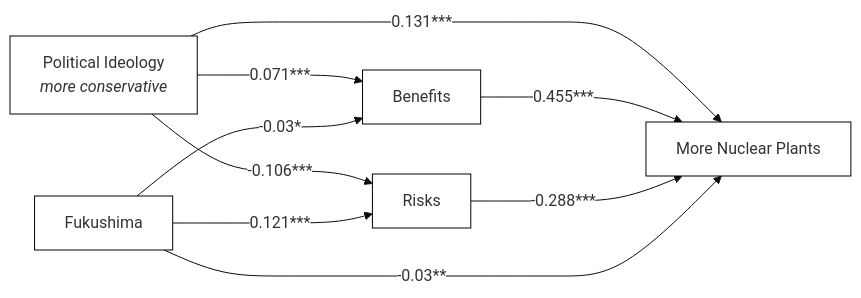
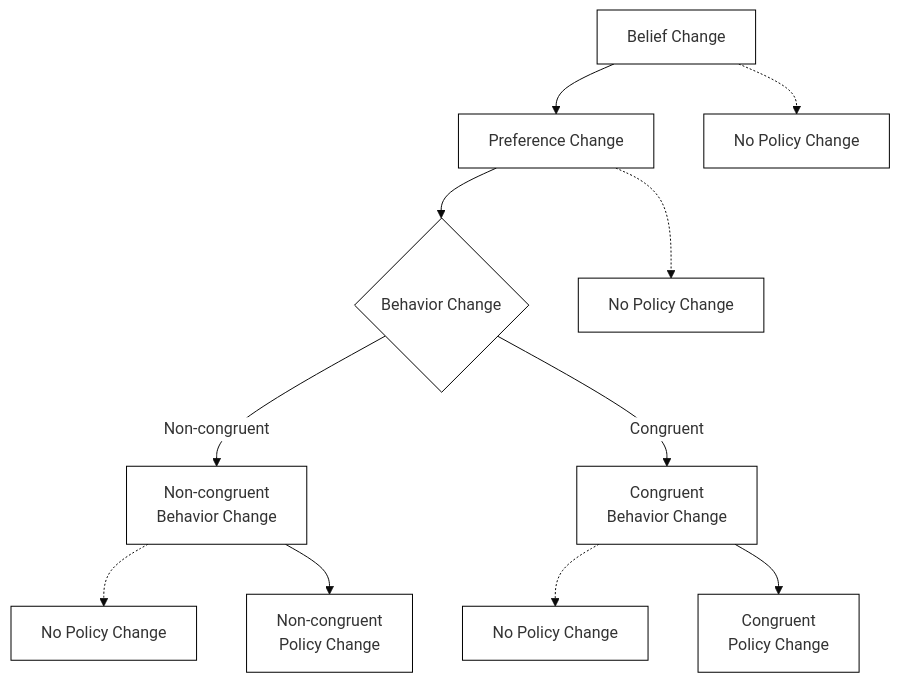
One commit to mnowlin/policy-learning-element changed the second of 2 diagrams in chap4.qmd. Above: the diagram before and after it, drawn with Mermaid. The commit also changed other lines of this file and 4 other files, not shown here.

````diff
--- a/chap4.qmd
+++ b/chap4.qmd
@@ -296,16 +123,23 @@
 ```{mermaid}
 %%| fig-width: 6
-%%| fig-height: 2
-%%| fig-cap: Path Analysis of Ideology, Fukushima, Nuclear Energy Beliefs, and Preferences for More Nuclear Plants
-%%| label: fig-results
+%%| fig-height: 3
+%%| label: fig-paths
+%%| fig-cap: "Pathways of Policy Learning and Policy Change"
 %%{init: {'theme': 'base', "themeVariables": { "primaryColor": "#FFFFFF", "primaryBorderColor": "#000000"} } }%%
-flowchart LR
-    A[Political Ideology <br> <i> more conservative] --"0.071***" ---> B[Benefits]
-    A[Political Ideology <br> <i> more conservative] --"-0.106***" ---> C[Risks]
-    A[Political Ideology <br> <i> more conservative] --"0.131***" --> D
-    E[Fukushima] --"-0.03*"--> B
-    E[Fukushima] --"0.121***"--> C
-    B --"0.455***"--> D[More Nuclear Plants]
-    C --"-0.288***"---> D[More Nuclear Plants]
-    E[Fukushima] --"-0.03**"-----> D
+
+flowchart TD
+    BC[Belief Change] --> PC[Preference Change]
+    BC -.-> N1[No Policy Change]
+
+    PC --> BEH{Behavior Change}
+    PC -.-> N2[No Policy Change]
+
+    BEH -->|Non-congruent| BNC[Non-congruent<br/>Behavior Change]
+    BEH -->|Congruent| BCG[Congruent<br/>Behavior Change]
+
+    BNC -.-> N3[No Policy Change]
+    BNC --> PNC[Non-congruent<br/>Policy Change]
+
+    BCG -.-> N4[No Policy Change]
+    BCG --> PCG[Congruent<br/>Policy Change]
 ```
````
